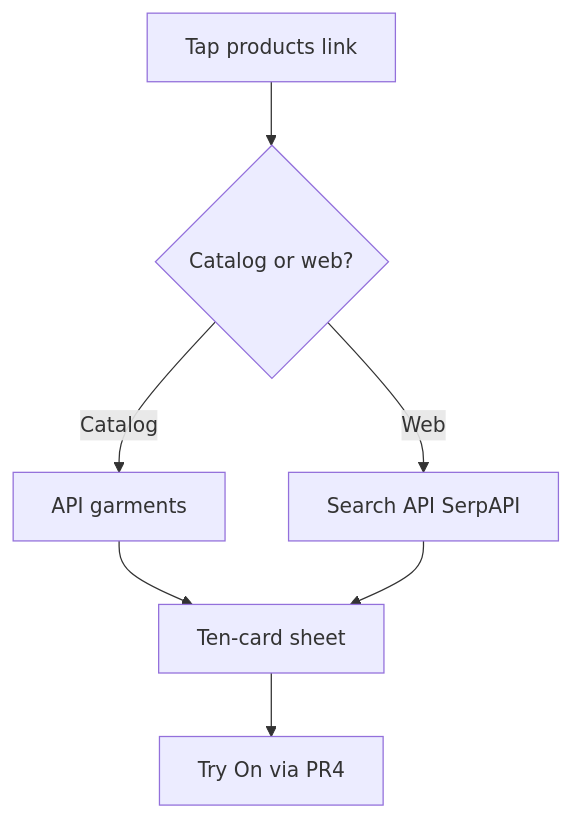
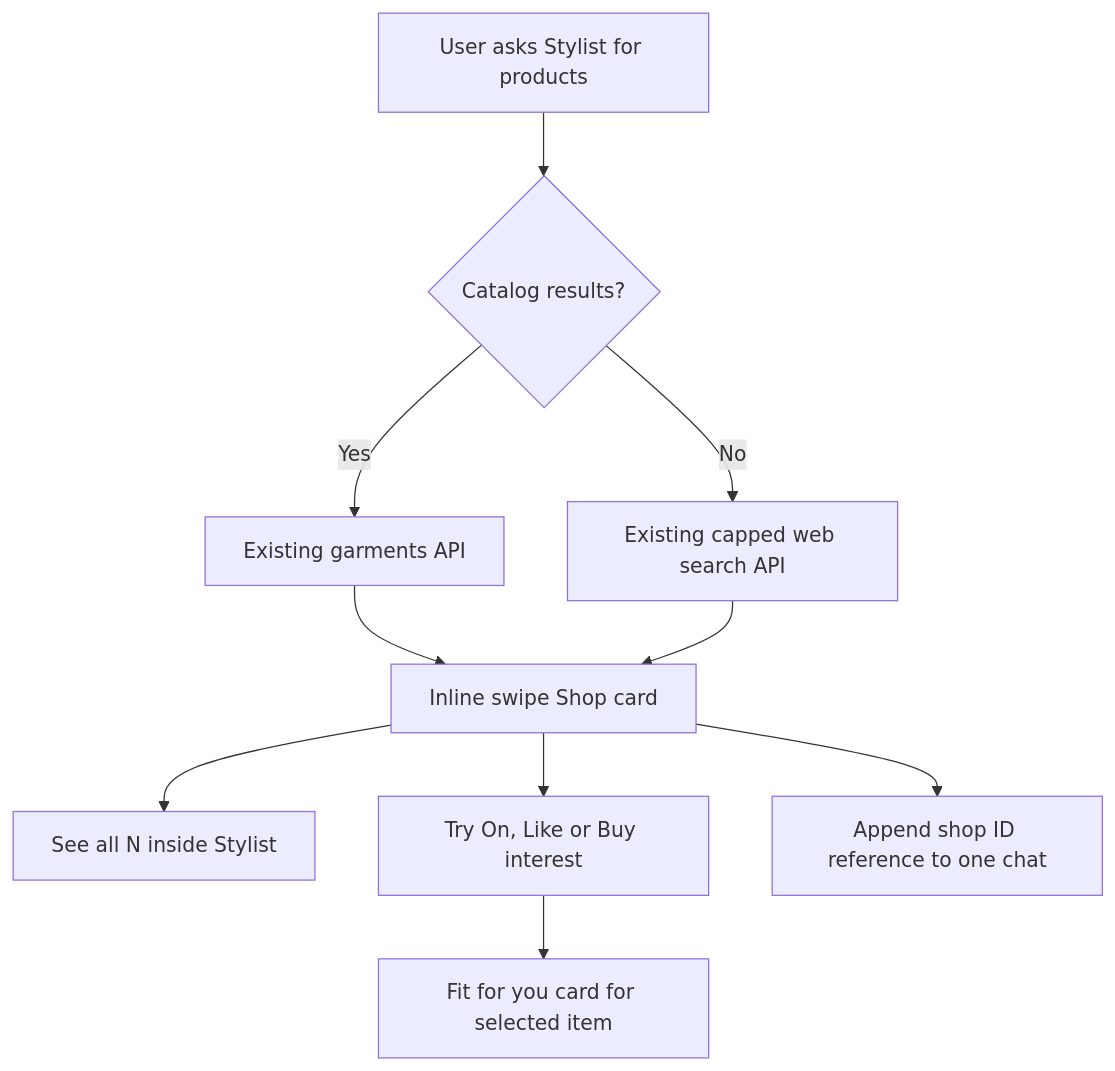
One commit to killbill2792/studio changed the fifth of 12 diagrams in studio/ideas/stylit-agent/dev.md. Above: the diagram before and after it, drawn with Mermaid. The commit also changed other lines of this file and 2 other files, not shown here.

Commit message:
Refine approved outfit-first Stylist, continuous History and interest-gated Fit cards

````diff
--- a/studio/ideas/stylit-agent/dev.md
+++ b/studio/ideas/stylit-agent/dev.md
@@ -118,9 +126,12 @@
 ```mermaid
 flowchart TD
-  open[Tap products link] --> source{Catalog or web?}
-  source -->|Catalog| garments[API garments]
-  source -->|Web| serp[Search API SerpAPI]
-  garments --> sheet[Ten-card sheet]
-  serp --> sheet
-  sheet --> tryon[Try On via PR4]
+  ask[User asks Stylist for products] --> source{Catalog results?}
+  source -->|Yes| garments[Existing garments API]
+  source -->|No| web[Existing capped web search API]
+  garments --> inline[Inline swipe Shop card]
+  web --> inline
+  inline --> see[See all N inside Stylist]
+  inline --> action[Try On, Like or Buy interest]
+  action --> fit[Fit for you card for selected item]
+  inline --> history[Append shop ID reference to one chat]
 ```
````
